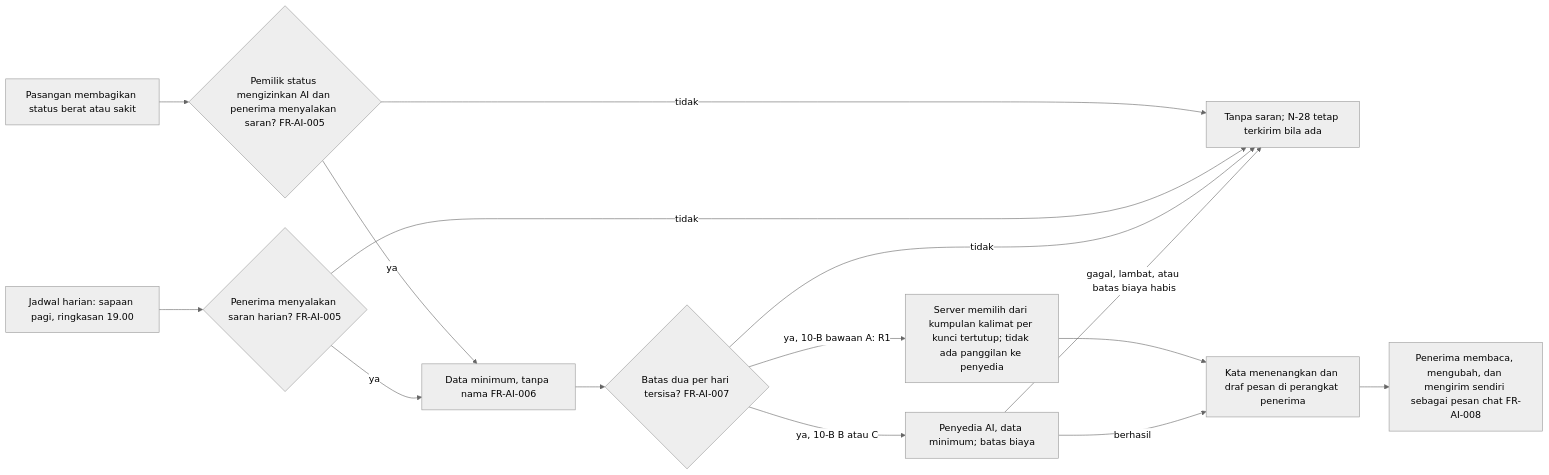
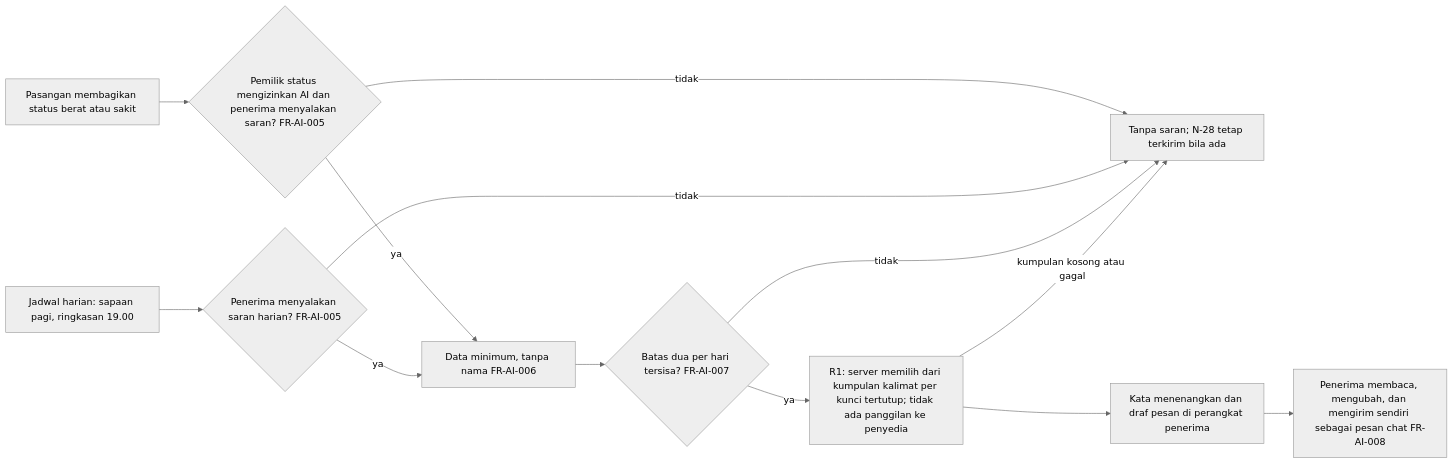
The diagram in docs/05-functional-requirements/tier-2.md (abiyanzimran/casa), drawn with Mermaid (neutral theme) before and after one commit. The commit also changed other lines of this file and 46 other files, not shown here.

````diff
--- a/docs/05-functional-requirements/tier-2.md
+++ b/docs/05-functional-requirements/tier-2.md
@@ -380,17 +381,15 @@
 ```mermaid
 flowchart LR
     T1[Pasangan membagikan status berat atau sakit] --> P{Pemilik status mengizinkan AI dan penerima menyalakan saran? FR-AI-005}
     T2[Jadwal harian: sapaan pagi, ringkasan 19.00] --> Q{Penerima menyalakan saran harian? FR-AI-005}
     P -- tidak --> K[Tanpa saran; N-28 tetap terkirim bila ada]
     Q -- tidak --> K
     P -- ya --> C[Data minimum, tanpa nama FR-AI-006]
     Q -- ya --> C
     C --> D{Batas dua per hari tersisa? FR-AI-007}
     D -- tidak --> K
-    D -- ya, 10-B bawaan A: R1 --> R[Server memilih dari kumpulan kalimat per kunci tertutup; tidak ada panggilan ke penyedia]
-    D -- ya, 10-B B atau C --> E[Penyedia AI, data minimum; batas biaya]
-    R --> G
-    E -- gagal, lambat, atau batas biaya habis --> K
-    E -- berhasil --> G[Kata menenangkan dan draf pesan di perangkat penerima]
+    D -- ya --> R[R1: server memilih dari kumpulan kalimat per kunci tertutup; tidak ada panggilan ke penyedia]
+    R -- kumpulan kosong atau gagal --> K
+    R --> G[Kata menenangkan dan draf pesan di perangkat penerima]
     G --> H[Penerima membaca, mengubah, dan mengirim sendiri sebagai pesan chat FR-AI-008]
 ```
````
